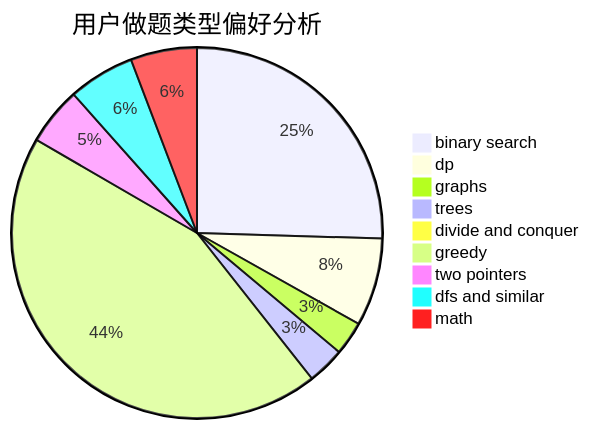
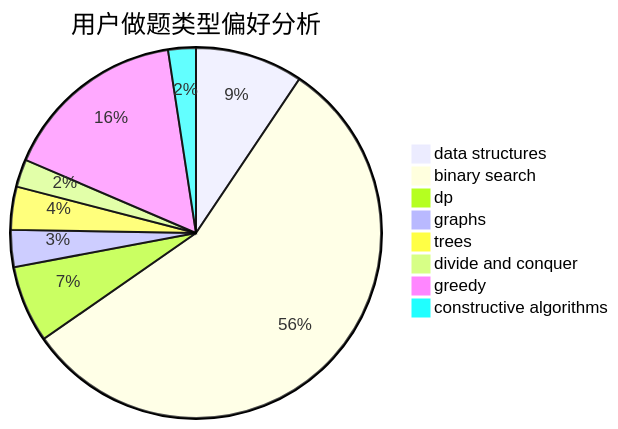
The second of 3 diagrams in docs/user/u2732.md (sherpahu/cfrs.github.io), drawn with Mermaid before and after one commit. The commit also changed other lines of this file and 2775 other files, not shown here.

````diff
--- a/docs/user/u2732.md
+++ b/docs/user/u2732.md
@@ -23,12 +23,11 @@
 ```mermaid
 pie title 用户做题类型偏好分析
-    "binary search" :  242
-    "dp" :  73
-    "graphs" :  28
-    "trees" :  31
+    "data structures" :  35
+    "binary search" :  208
+    "dp" :  25
+    "graphs" :  12
+    "trees" :  14
     "divide and conquer" :  9
-    "greedy" :  418
-    "two pointers" :  48
-    "dfs and similar" :  55
-    "math" :  55
+    "greedy" :  60
+    "constructive algorithms" :  9
 ```
````
